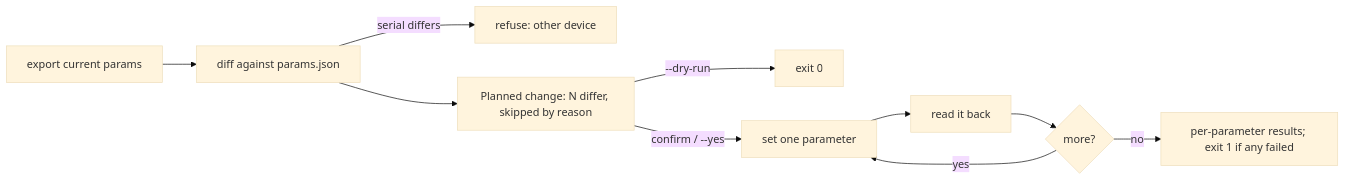
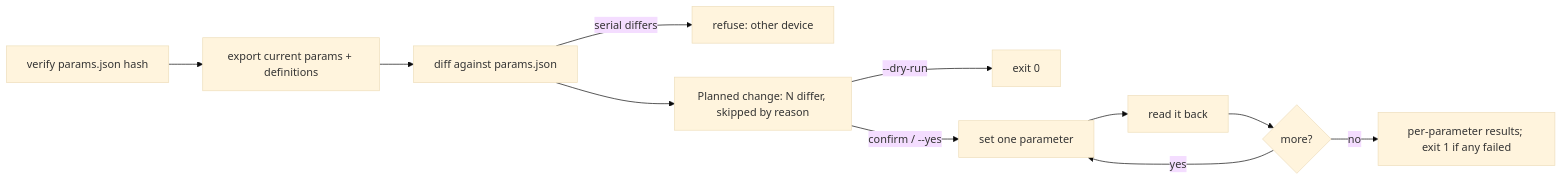
One commit to NetDevAutomate/axiscam changed diagram 13 of 16 in docs/cli-reference.md. Above: the diagram before and after it, drawn with Mermaid (base theme). The commit also changed other lines of this file and 11 other files, not shown here.

````diff
--- a/docs/cli-reference.md
+++ b/docs/cli-reference.md
@@ -792,10 +792,11 @@
 ```mermaid
 flowchart LR
-    READ[export current params] --> DIFF[diff against params.json]
+    HASH[verify params.json hash] --> READ[export current params + definitions]
+    READ --> DIFF[diff against params.json]
     DIFF -->|serial differs| REFUSE[refuse: other device]
     DIFF --> PLAN[Planned change: N differ, skipped by reason]
     PLAN -->|--dry-run| STOP[exit 0]
     PLAN -->|confirm / --yes| APPLY[set one parameter] --> VERIFY[read it back] --> NEXT{more?}
     NEXT -->|yes| APPLY
     NEXT -->|no| TABLE[per-parameter results; exit 1 if any failed]
 ```
````
